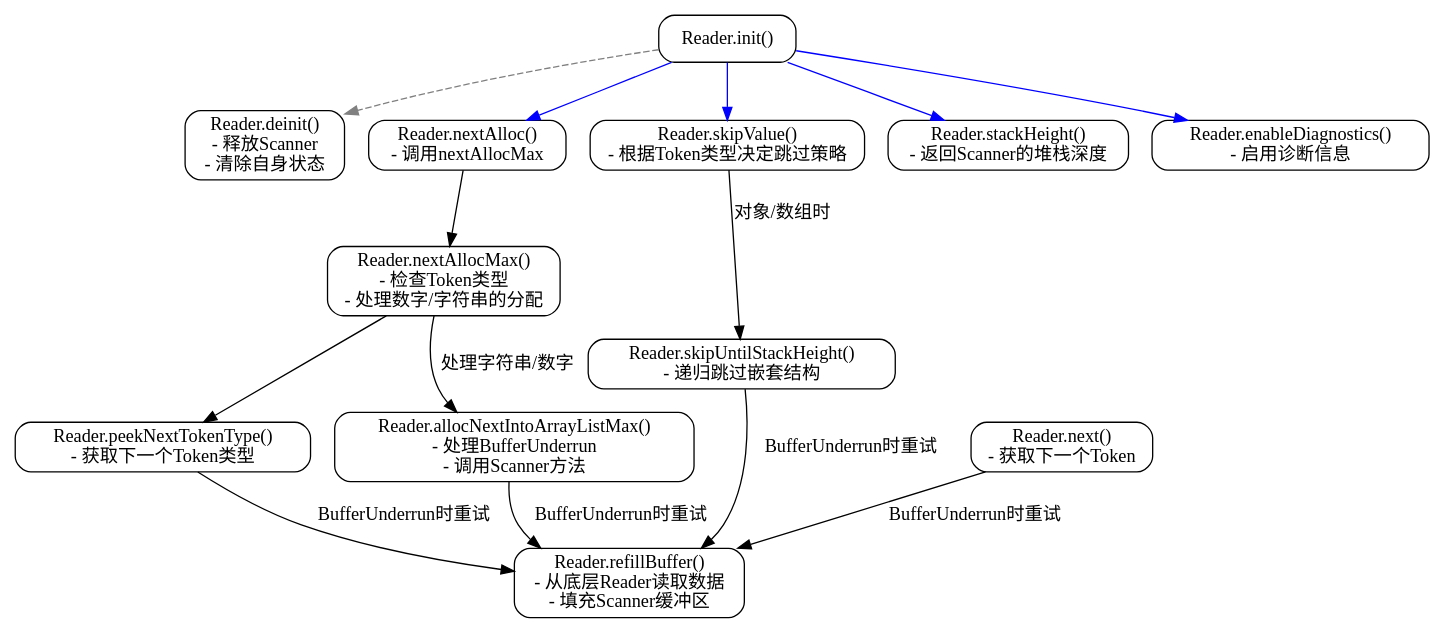
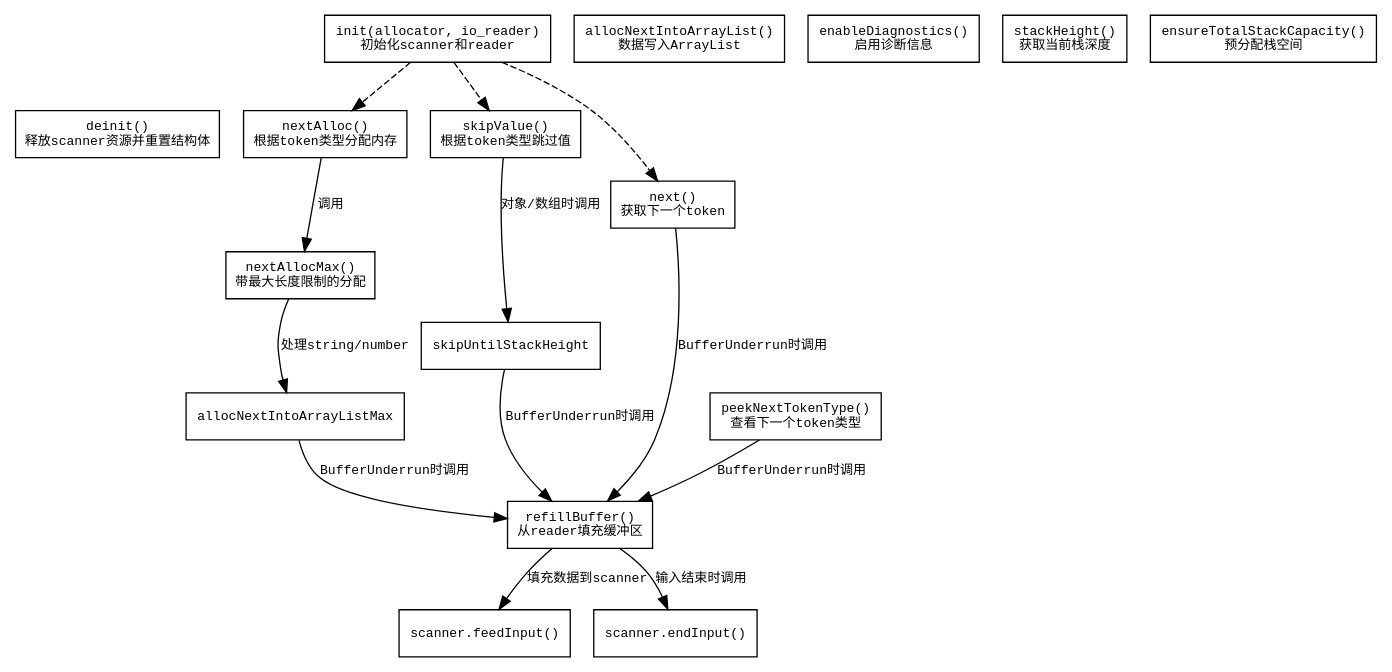
One commit to sdzx-1/deepseek-zig-reader changed the diagram in dot_std/json/scanner.zig.Reader.md. Above: the diagram before and after it, drawn with Graphviz. The commit also changed other lines of this file and 236 other files, not shown here.

````diff
--- a/dot_std/json/scanner.zig.Reader.md
+++ b/dot_std/json/scanner.zig.Reader.md
@@ -19,43 +21,49 @@
-```graphviz
+```dot
 digraph {
-    node [shape=rectangle, style=rounded];
+    node [shape=rectangle, fontname="Courier", fontsize=10];
+    edge [fontname="Courier", fontsize=10];
 
     // 初始化与销毁
-    init [label="Reader.init()"];
-    deinit [label="Reader.deinit()\n- 释放Scanner\n- 清除自身状态"];
-    init -> deinit [style=dashed, color=grey];
+    init [label="init(allocator, io_reader)\n初始化scanner和reader"];
+    deinit [label="deinit()\n释放scanner资源并重置结构体"];
+    init -> deinit [style=invis];
 
-    // 主要流程
-    nextAlloc [label="Reader.nextAlloc()\n- 调用nextAllocMax"];
-    nextAllocMax [label="Reader.nextAllocMax()\n- 检查Token类型\n- 处理数字/字符串的分配"];
-    nextAlloc -> nextAllocMax;
+    // 核心流程
+    nextAlloc [label="nextAlloc()\n根据token类型分配内存"];
+    nextAllocMax [label="nextAllocMax()\n带最大长度限制的分配"];
+    allocNextIntoArrayList [label="allocNextIntoArrayList()\n数据写入ArrayList"];
+    refillBuffer [label="refillBuffer()\n从reader填充缓冲区"];
 
-    peekNextTokenType [label="Reader.peekNextTokenType()\n- 获取下一个Token类型"];
-    nextAllocMax -> peekNextTokenType;
+    // 方法调用关系
+    nextAlloc -> nextAllocMax [label="调用"];
+    nextAllocMax -> allocNextIntoArrayListMax [label="处理string/number"];
+    allocNextIntoArrayListMax -> refillBuffer [label="BufferUnderrun时调用"];
 
-    allocNextIntoArrayListMax [label="Reader.allocNextIntoArrayListMax()\n- 处理BufferUnderrun\n- 调用Scanner方法"];
-    nextAllocMax -> allocNextIntoArrayListMax [label="处理字符串/数字"];
+    // 跳过逻辑
+    skipValue [label="skipValue()\n根据token类型跳过值"];
+    skipValue -> skipUntilStackHeight [label="对象/数组时调用"];
+    skipUntilStackHeight -> refillBuffer [label="BufferUnderrun时调用"];
 
-    refillBuffer [label="Reader.refillBuffer()\n- 从底层Reader读取数据\n- 填充Scanner缓冲区"];
-    allocNextIntoArrayListMax -> refillBuffer [label="BufferUnderrun时重试"];
-    peekNextTokenType -> refillBuffer [label="BufferUnderrun时重试"];
+    // 基础操作
+    next [label="next()\n获取下一个token"];
+    peekNextTokenType [label="peekNextTokenType()\n查看下一个token类型"];
+    next -> refillBuffer [label="BufferUnderrun时调用"];
+    peekNextTokenType -> refillBuffer [label="BufferUnderrun时调用"];
 
-    // 跳过值相关
-    skipValue [label="Reader.skipValue()\n- 根据Token类型决定跳过策略"];
-    skipUntilStackHeight [label="Reader.skipUntilStackHeight()\n- 递归跳过嵌套结构"];
-    skipValue -> skipUntilStackHeight [label="对象/数组时"];
-    skipUntilStackHeight -> refillBuffer [label="BufferUnderrun时重试"];
+    // 状态管理
+    enableDiagnostics [label="enableDiagnostics()\n启用诊断信息"];
+    stackHeight [label="stackHeight()\n获取当前栈深度"];
+    ensureTotalStackCapacity [label="ensureTotalStackCapacity()\n预分配栈空间"];
 
-    // 基础方法
-    next [label="Reader.next()\n- 获取下一个Token"];
-    next -> refillBuffer [label="BufferUnderrun时重试"];
-    stackHeight [label="Reader.stackHeight()\n- 返回Scanner的堆栈深度"];
-    enableDiagnostics [label="Reader.enableDiagnostics()\n- 启用诊断信息"];
+    // 连接初始化到核心流程
+    init -> nextAlloc [style=dashed];
+    init -> skipValue [style=dashed];
+    init -> next [style=dashed];
 
-    // 连接通用方法
-    init -> nextAlloc [color=blue];
-    init -> skipValue [color=blue];
-    init -> enableDiagnostics [color=blue];
-    init -> stackHeight [color=blue];
+    // 错误处理公共路径
+    refillBuffer -> scanner_feed [label="填充数据到scanner"];
+    scanner_feed [label="scanner.feedInput()"];
+    scanner_end [label="scanner.endInput()"];
+    refillBuffer -> scanner_end [label="输入结束时调用"];
 }
 ```
````
